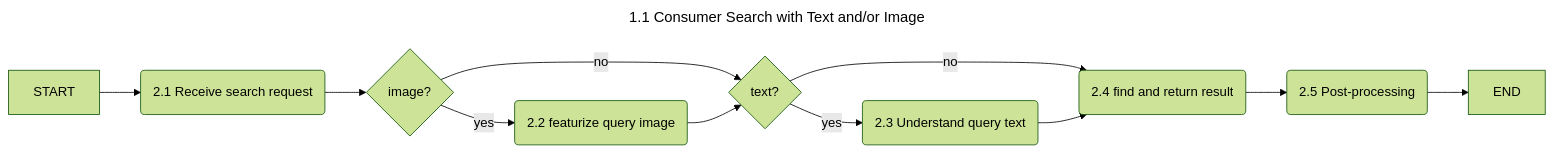
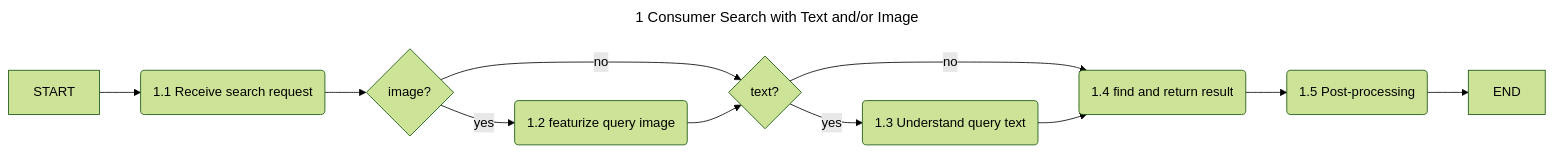
The diagram in 1_1_Multi-Search_text_and_image.md (zchangvs/diagram), drawn with Mermaid (forest theme) before and after one commit.

````diff
--- a/1_1_Multi-Search_text_and_image.md
+++ b/1_1_Multi-Search_text_and_image.md
@@ -1,21 +1,21 @@
 ```mermaid
 ---
-title: 1.1 Consumer Search with Text and/or Image
+title: 1 Consumer Search with Text and/or Image
 ---
 flowchart LR
-    ST[START]--> RSR(2.1 Receive search request)
+    ST[START]--> RSR(1.1 Receive search request)
     RSR --> IQ{image?}
-    IQ--> |yes| FI(2.2 featurize query image)
+    IQ--> |yes| FI(1.2 featurize query image)
     IQ --> |no| TQ{text?}
     FI --> TQ 
-    TQ --> |yes| D1(2.3 Understand query text)
-    TQ --> |no| E1(2.4 find and return result)
+    TQ --> |yes| D1(1.3 Understand query text)
+    TQ --> |no| E1(1.4 find and return result)
     D1 --> E1
 %%    D1 --> E1(search for<br>candidates)
 %%    E1 --> E2(Rerank & filter logic)
-    E1 --> F(2.5 Post-processing)
+    E1 --> F(1.5 Post-processing)
 %%    F --> G(update statistics)
     F --> END[END] 
 
 
 ```
````
